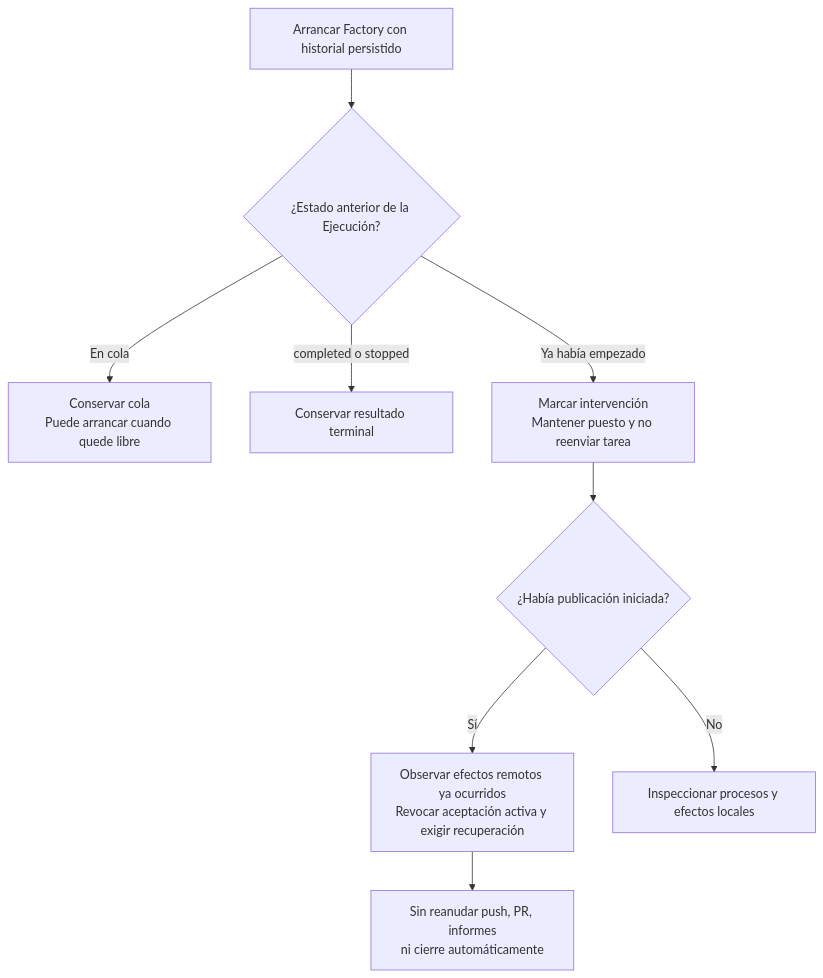
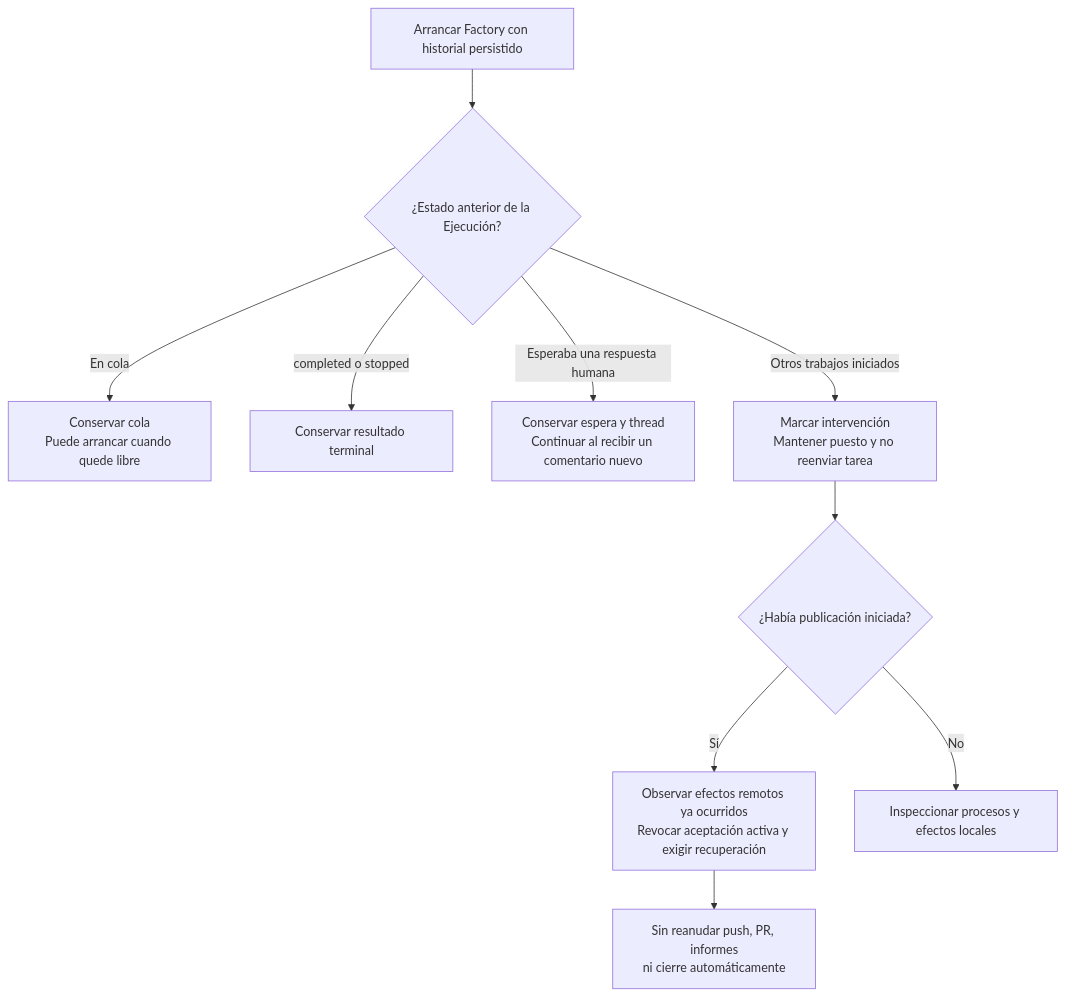
Before and after one commit to rubenbp/app-foundry: the second of 2 diagrams in docs/manual/05-variantes-e-intervencion.md, drawn with Mermaid. The commit also changed other lines of this file and 6 other files, not shown here.

````diff
--- a/docs/manual/05-variantes-e-intervencion.md
+++ b/docs/manual/05-variantes-e-intervencion.md
@@ -88,11 +89,12 @@
 ```mermaid
 flowchart TD
     R["Arrancar Factory con historial persistido"] --> S{"¿Estado anterior de la Ejecución?"}
     S -->|"En cola"| Q["Conservar cola<br/>Puede arrancar cuando quede libre"]
     S -->|"completed o stopped"| T["Conservar resultado terminal"]
-    S -->|"Ya había empezado"| I["Marcar intervención<br/>Mantener puesto y no reenviar tarea"]
+    S -->|"Esperaba una respuesta humana"| W["Conservar espera y thread<br/>Continuar al recibir un comentario nuevo"]
+    S -->|"Otros trabajos iniciados"| I["Marcar intervención<br/>Mantener puesto y no reenviar tarea"]
     I --> P{"¿Había publicación iniciada?"}
     P -->|"Sí"| O["Observar efectos remotos ya ocurridos<br/>Revocar aceptación activa y exigir recuperación"]
     P -->|"No"| C["Inspeccionar procesos y efectos locales"]
     O --> H["Sin reanudar push, PR, informes<br/>ni cierre automáticamente"]
 ```
````
